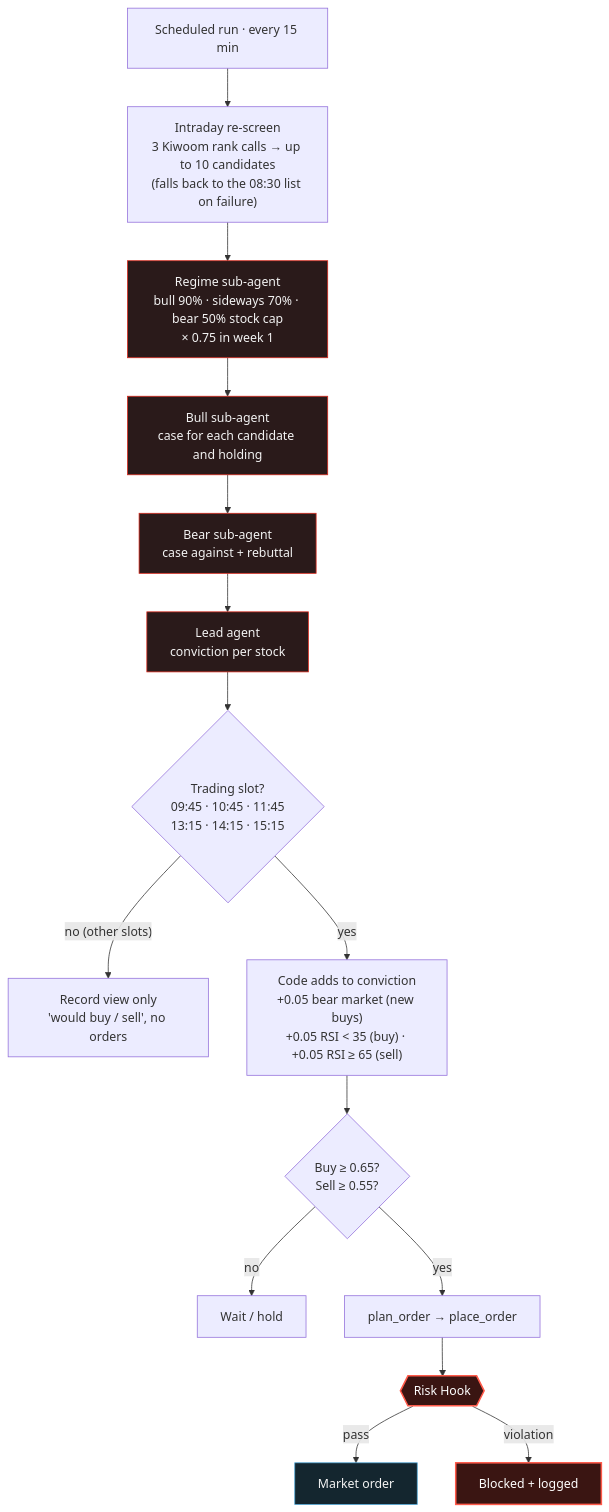
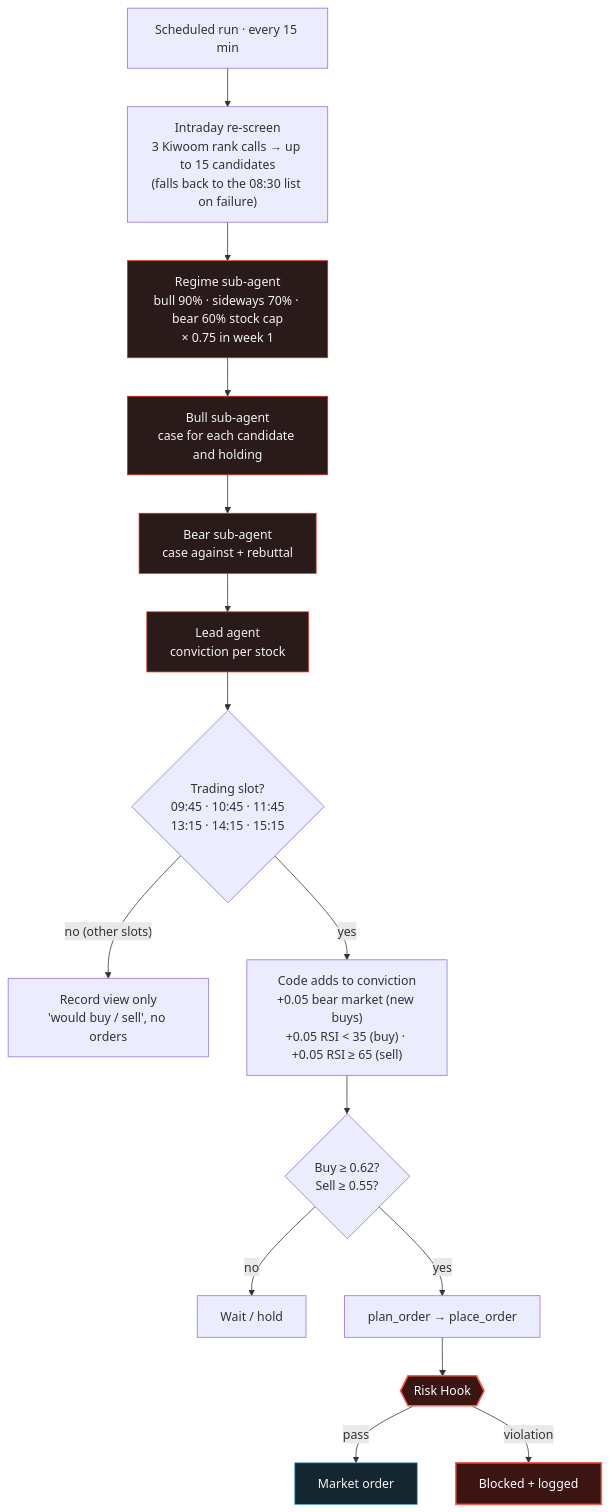
The diagram in assets/diagrams/decision.en.mmd (isopink/hynix-298f), drawn with Mermaid before and after one commit. The commit also changed 6 other files, not shown here.

First line of the commit message:
Docs: new thresholds, sizing and candidate pool in README, diagrams and CLAUDE.md

```diff
--- a/assets/diagrams/decision.en.mmd
+++ b/assets/diagrams/decision.en.mmd
@@ -1,21 +1,21 @@
 flowchart TB
-    S["Scheduled run · every 15 min"] --> P["Intraday re-screen<br/>3 Kiwoom rank calls → up to 10 candidates<br/>(falls back to the 08:30 list on failure)"]
-    P --> G["Regime sub-agent<br/>bull 90% · sideways 70% · bear 50% stock cap<br/>× 0.75 in week 1"]
+    S["Scheduled run · every 15 min"] --> P["Intraday re-screen<br/>3 Kiwoom rank calls → up to 15 candidates<br/>(falls back to the 08:30 list on failure)"]
+    P --> G["Regime sub-agent<br/>bull 90% · sideways 70% · bear 60% stock cap<br/>× 0.75 in week 1"]
     G --> B["Bull sub-agent<br/>case for each candidate and holding"]
     B --> R["Bear sub-agent<br/>case against + rebuttal"]
     R --> L["Lead agent<br/>conviction per stock"]
     L --> T{"Trading slot?<br/>09:45 · 10:45 · 11:45<br/>13:15 · 14:15 · 15:15"}
     T -- "no (other slots)" --> V["Record view only<br/>'would buy / sell', no orders"]
     T -- yes --> C["Code adds to conviction<br/>+0.05 bear market (new buys)<br/>+0.05 RSI < 35 (buy) · +0.05 RSI ≥ 65 (sell)"]
-    C --> Q{"Buy ≥ 0.65?<br/>Sell ≥ 0.55?"}
+    C --> Q{"Buy ≥ 0.62?<br/>Sell ≥ 0.55?"}
     Q -- no --> W["Wait / hold"]
     Q -- yes --> Z["plan_order → place_order"]
     Z --> H{{"Risk Hook"}}
     H -- pass --> O["Market order"]
     H -- violation --> X["Blocked + logged"]
     classDef agent fill:#2a1a1a,stroke:#da291c,color:#f3f3f3
     classDef hook fill:#3a1512,stroke:#ff5a4a,stroke-width:2px,color:#ffffff
     classDef ok fill:#14262f,stroke:#4aa3d4,color:#f3f3f3
     class G,B,R,L agent
     class H,X hook
     class O ok
```
